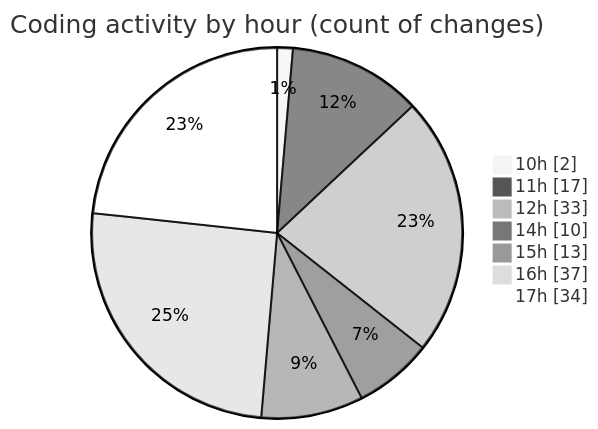
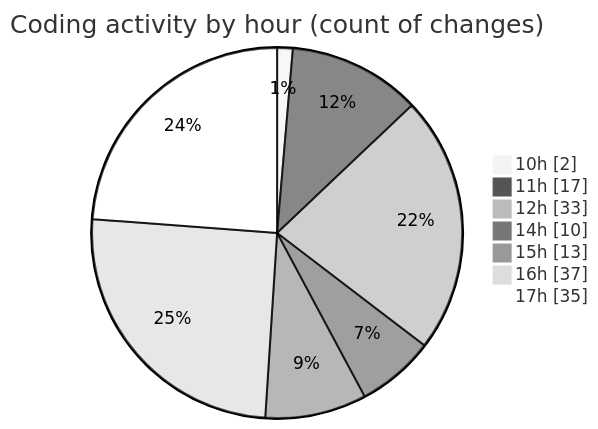
One commit to nxtqubesakshisongat/code-tracking changed the second of 2 diagrams in 2025-05-14/argos-dev/README.md. Above: the diagram before and after it, drawn with Mermaid (neutral theme). The commit also changed other lines of this file and 1 other file, not shown here.

````diff
--- a/2025-05-14/argos-dev/README.md
+++ b/2025-05-14/argos-dev/README.md
@@ -36,11 +36,11 @@
 ```mermaid
 pie showData
 title Coding activity by hour (count of changes)
 "10h" : 2
 "11h" : 17
 "12h" : 33
 "14h" : 10
 "15h" : 13
 "16h" : 37
-"17h" : 34
+"17h" : 35
 ```
````
